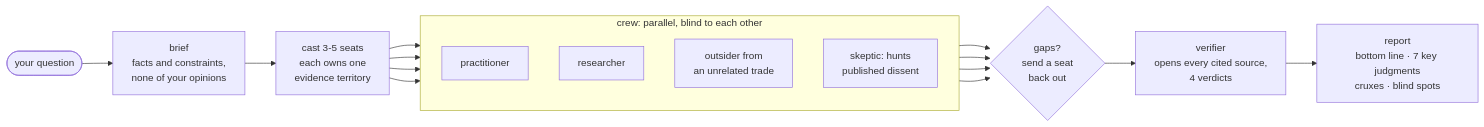
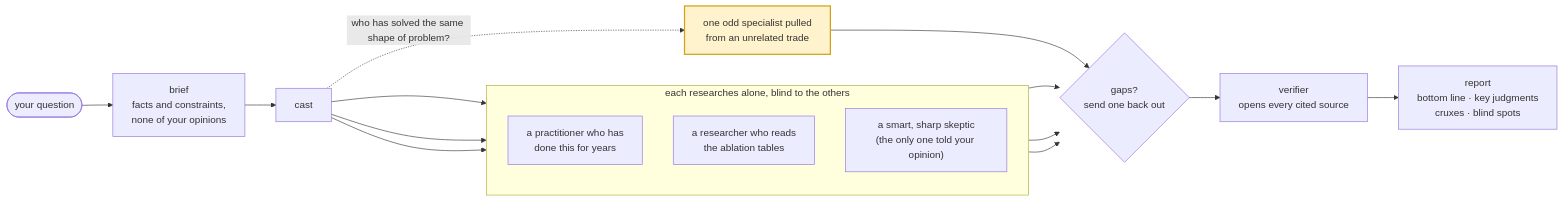
The diagram in README.md (xhyumiracle/family-skill), drawn with Mermaid before and after one commit. The commit also changed other lines of this file and 1 other file, not shown here.

Commit message:
README: concrete roles in the diagram and text, the outsider drawn outside the crew, tagline and example question reworded

````diff
--- a/README.md
+++ b/README.md
@@ -15,16 +15,18 @@
 ```mermaid
 flowchart LR
   Q([your question]) --> B["brief<br/>facts and constraints,<br/>none of your opinions"]
-  B --> C["cast 3-5 seats<br/>each owns one<br/>evidence territory"]
-  subgraph crew ["crew: parallel, blind to each other"]
+  B --> C["cast"]
+  subgraph crew ["each researches alone, blind to the others"]
     direction TB
-    S1["practitioner"]
-    S2["researcher"]
-    S3["outsider from<br/>an unrelated trade"]
-    S4["skeptic: hunts<br/>published dissent"]
+    S1["a practitioner who has<br/>done this for years"]
+    S2["a researcher who reads<br/>the ablation tables"]
+    S4["a smart, sharp skeptic<br/>(the only one told your opinion)"]
   end
-  C --> S1 & S2 & S3 & S4
-  S1 & S2 & S3 & S4 --> G{"gaps?<br/>send a seat<br/>back out"}
-  G --> V["verifier<br/>opens every cited source,<br/>4 verdicts"]
-  V --> R["report<br/>bottom line · 7 key judgments<br/>cruxes · blind spots"]
+  O["one odd specialist pulled<br/>from an unrelated trade"]:::far
+  C --> S1 & S2 & S4
+  C -. "who has solved the same shape of problem?" .-> O
+  S1 & S2 & S4 & O --> G{"gaps?<br/>send one back out"}
+  G --> V["verifier<br/>opens every cited source"]
+  V --> R["report<br/>bottom line · key judgments<br/>cruxes · blind spots"]
+  classDef far fill:#fff3cd,stroke:#d4a017,stroke-width:2px
 ```
````
